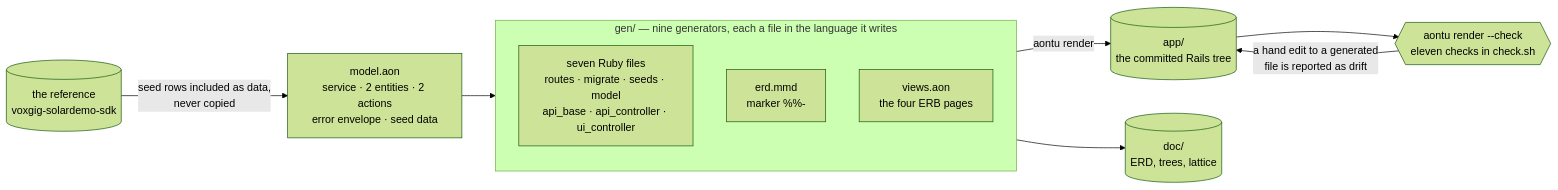
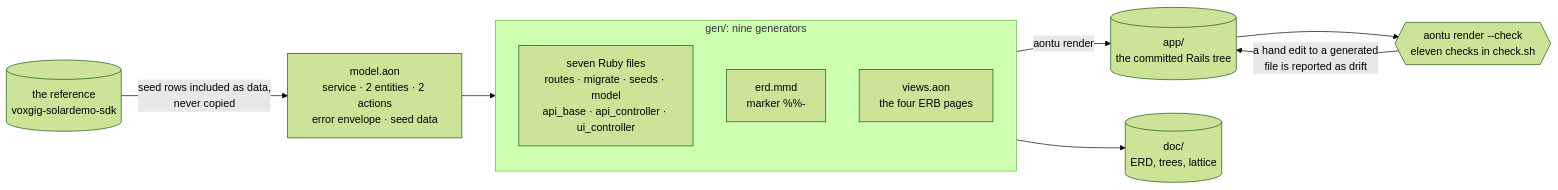
One commit to rjrodger/aontu changed the diagram in test/system/rb-solar/README.md. Above: the diagram before and after it, drawn with Mermaid (forest theme). The commit also changed other lines of this file and 2 other files, not shown here.

Commit message:
Explain the Rails application before its generators

````diff
--- a/test/system/rb-solar/README.md
+++ b/test/system/rb-solar/README.md
@@ -141,22 +284,22 @@
 ```mermaid
 flowchart LR
   ref[("the reference<br/>voxgig-solardemo-sdk")]
   model["model.aon<br/>service · 2 entities · 2 actions<br/>error envelope · seed data"]
   ref -->|"seed rows included as data,<br/>never copied"| model
 
-  subgraph gen["gen/ — nine generators, each a file in the language it writes"]
+  subgraph gen["gen/: nine generators"]
     rb["seven Ruby files<br/>routes · migrate · seeds · model<br/>api_base · api_controller · ui_controller"]
     mmd["erd.mmd<br/>marker %%-"]
     views["views.aon<br/>the four ERB pages"]
   end
   model --> gen
 
   app[("app/<br/>the committed Rails tree")]
   doc[("doc/<br/>ERD, trees, lattice")]
   gen -->|"aontu render"| app
   gen --> doc
 
   check{{"aontu render --check<br/>eleven checks in check.sh"}}
   app --> check
   check -->|"a hand edit to a generated<br/>file is reported as drift"| app
 ```
````
